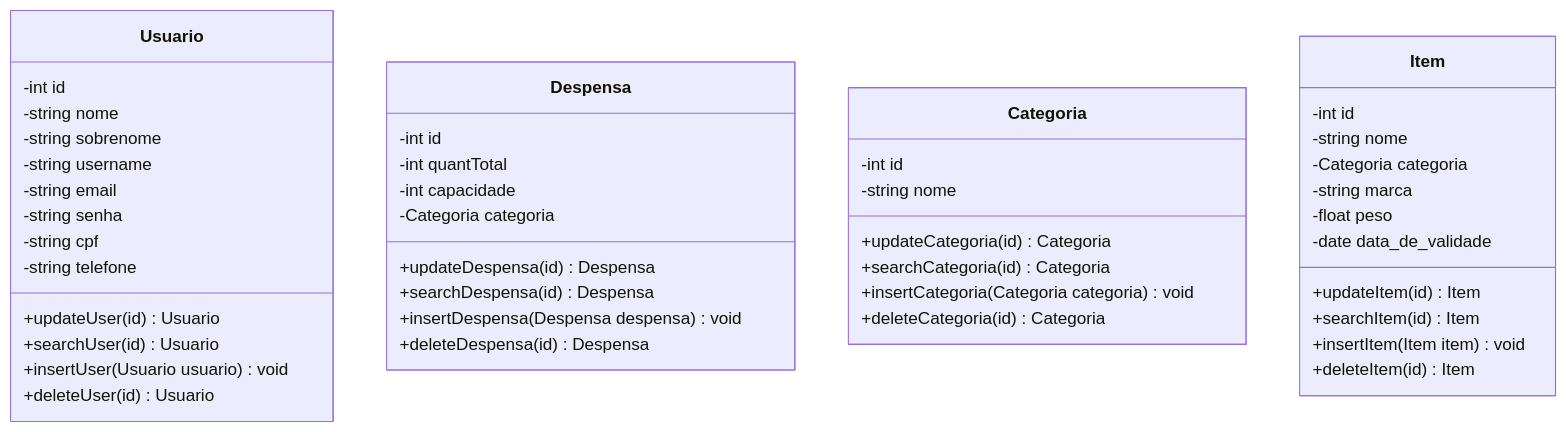
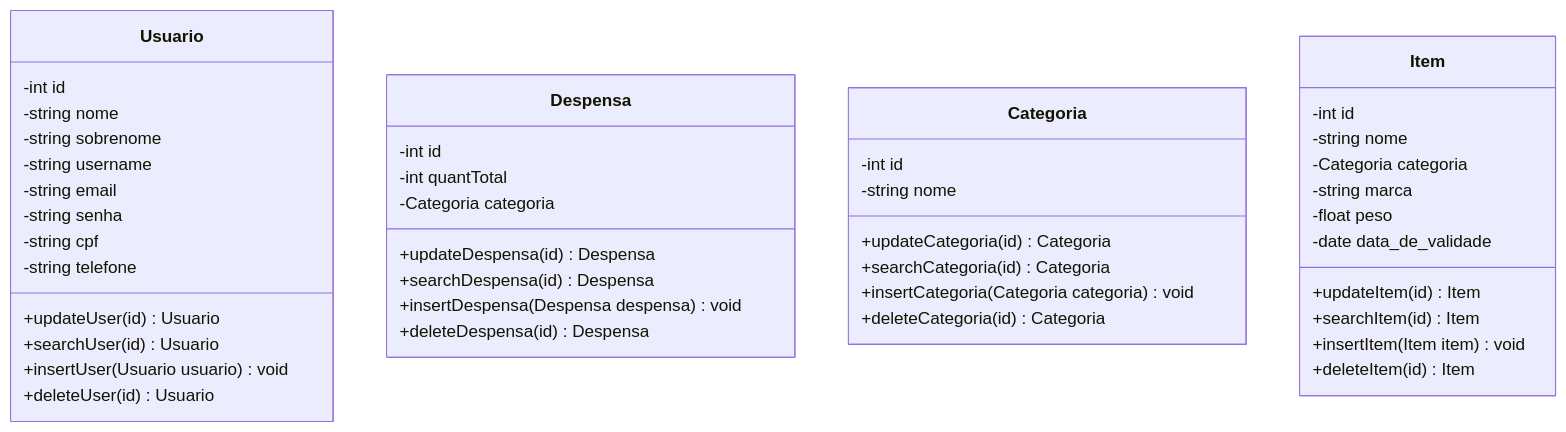
Before and after one commit to daviddevolin/SigDespensa: the second of 2 diagrams in docs/doc-modelos.md, drawn with Mermaid. The commit also changed 3 other files, not shown here.

````diff
--- a/docs/doc-modelos.md
+++ b/docs/doc-modelos.md
@@ -29,54 +29,53 @@
 ```mermaid
 classDiagram
     class Usuario{
         -int id
         -string nome
         -string sobrenome
         -string username
         -string email
         -string senha
         -string cpf
         -string telefone
         
         +updateUser(id) Usuario
         +searchUser(id) Usuario
         +insertUser(Usuario usuario) void
         +deleteUser(id) Usuario
     }
     class Despensa{
         -int id
         -int quantTotal
-        -int capacidade
         -Categoria categoria
 
         +updateDespensa(id) Despensa
         +searchDespensa(id) Despensa
         +insertDespensa(Despensa despensa) void
         +deleteDespensa(id) Despensa
     }
     class Categoria{
         -int id
         -string nome
 
         +updateCategoria(id) Categoria
         +searchCategoria(id) Categoria
         +insertCategoria(Categoria categoria) void
         +deleteCategoria(id) Categoria
     }
 
     class Item{
         -int id
         -string nome
         -Categoria categoria
         -string marca
         -float peso
         -date data_de_validade
 
         +updateItem(id) Item
         +searchItem(id) Item
         +insertItem(Item item) void
         +deleteItem(id) Item
     }
 
 
 ```
````
